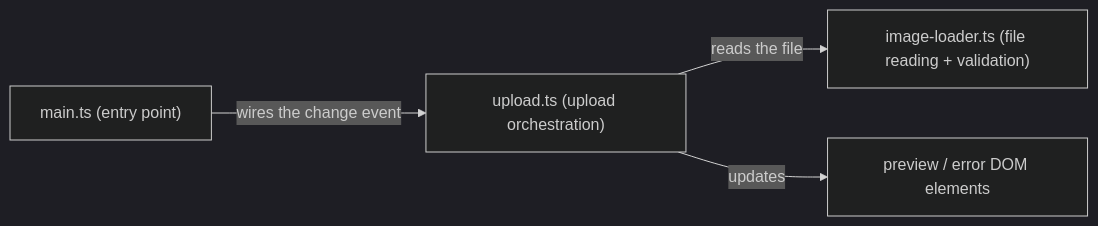
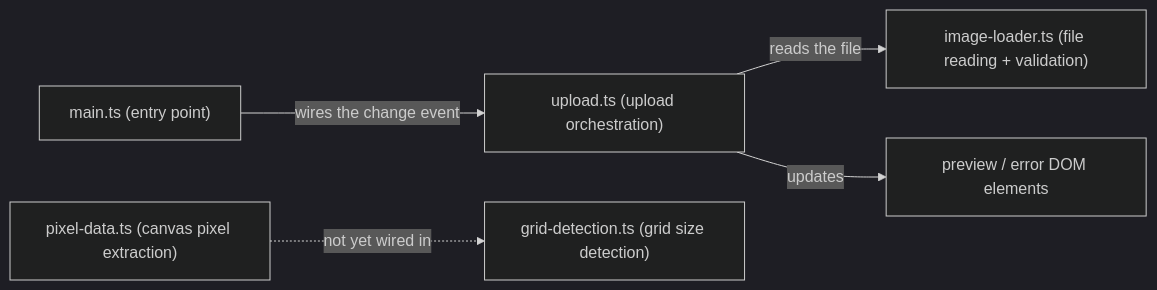
The diagram in docs/architecture.md (neolao/pixel-art-serializer), drawn with Mermaid (dark theme) before and after one commit. The commit also changed other lines of this file and 3 other files, not shown here.

````diff
--- a/docs/architecture.md
+++ b/docs/architecture.md
@@ -7,6 +7,7 @@
 ```mermaid
 flowchart LR
     main["main.ts (entry point)"] -->|wires the change event| upload["upload.ts (upload orchestration)"]
     upload -->|reads the file| loader["image-loader.ts (file reading + validation)"]
     upload -->|updates| dom["preview / error DOM elements"]
+    pixeldata["pixel-data.ts (canvas pixel extraction)"] -.not yet wired in.-> griddetect["grid-detection.ts (grid size detection)"]
 ```
````
